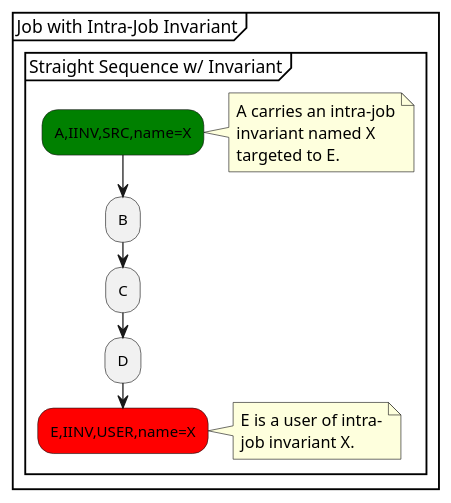
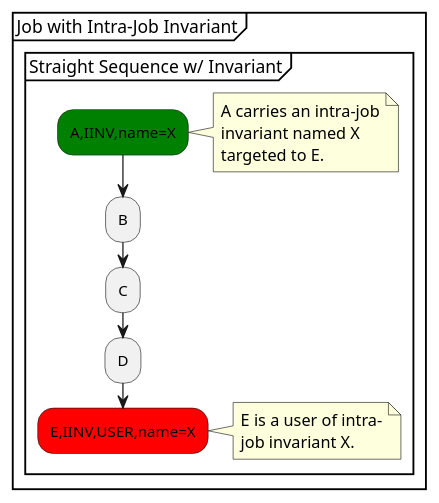
One commit to xtuml/munin changed the diagram in models/SequenceVerificationDataCentric/puml/Tutorial_13.puml. Above: the diagram before and after it, drawn with PlantUML. The commit also changed 5 other files, not shown here.

```diff
--- a/models/SequenceVerificationDataCentric/puml/Tutorial_13.puml
+++ b/models/SequenceVerificationDataCentric/puml/Tutorial_13.puml
@@ -7,20 +7,20 @@
 @startuml 
 partition "Job with Intra-Job Invariant" {
   group "Straight Sequence w/ Invariant"
-      #green:A,IINV,SRC,name=X;
+      #green:A,IINV,name=X;
       note right 
         A carries an intra-job
         invariant named X
         targeted to E.
       end note
       :B;
       :C;
       :D;
       #red:E,IINV,USER,name=X;
       note right 
         E is a user of intra-
         job invariant X.
       end note
   end group
 }
 @enduml
```
